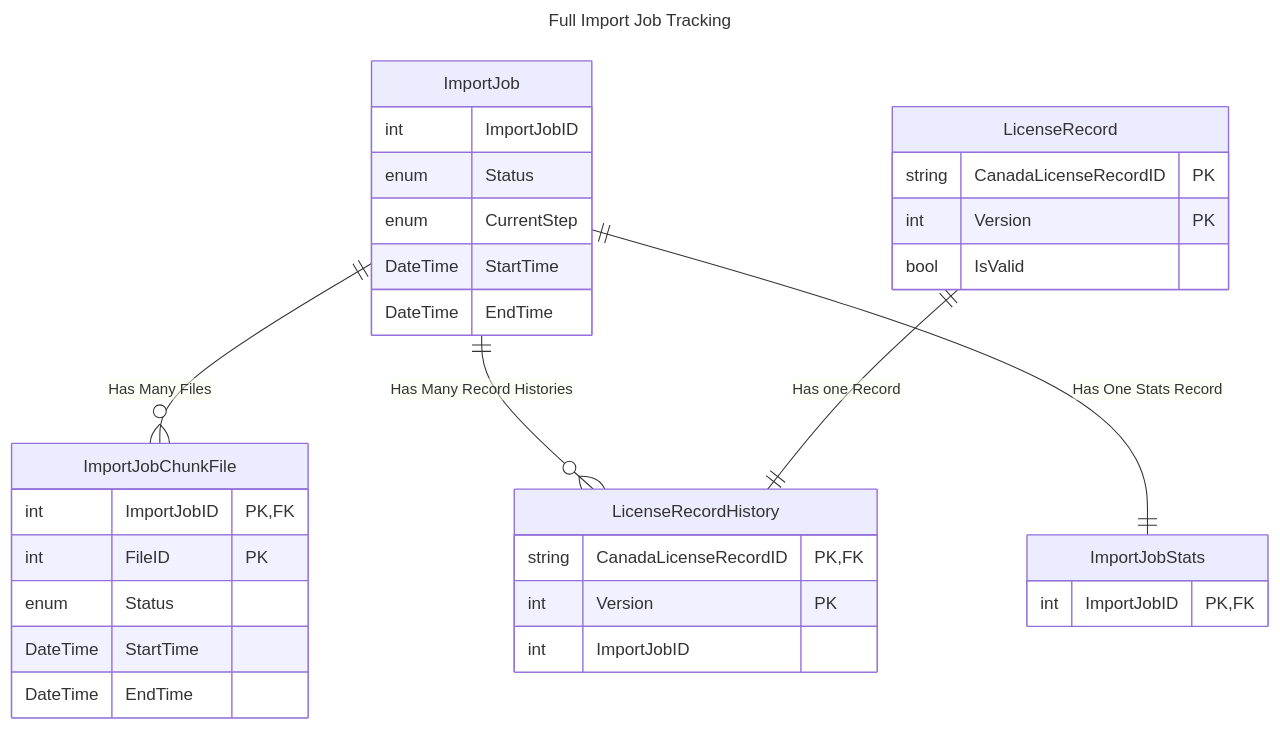
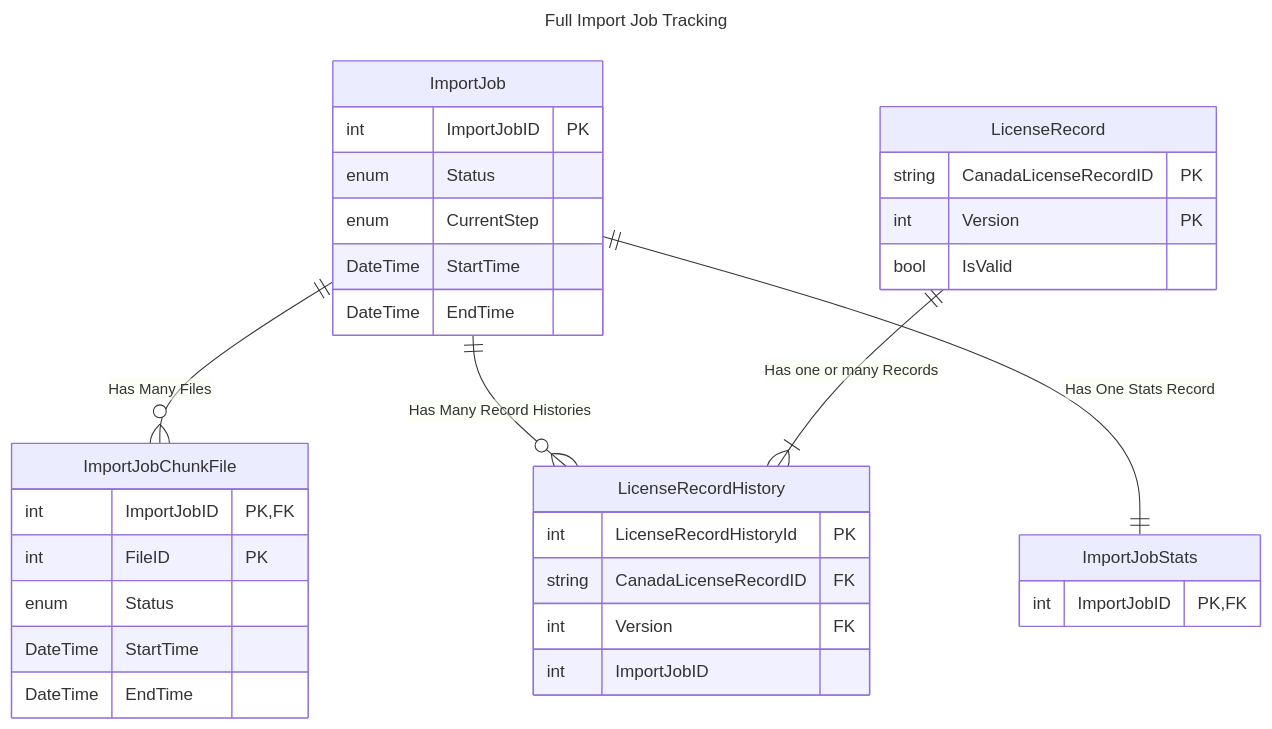
The diagram in services/Radio-Search.Importer/Radio-Search.Importer.Canada/Documentation/Diagrams/Entity Diagrams/Import-Job.md (RYFOJE/radio-search), drawn with Mermaid before and after one commit. The commit also changed 46 other files, not shown here.

````diff
--- a/services/Radio-Search.Importer/Radio-Search.Importer.Canada/Documentation/Diagrams/Entity Diagrams/Import-Job.md
+++ b/services/Radio-Search.Importer/Radio-Search.Importer.Canada/Documentation/Diagrams/Entity Diagrams/Import-Job.md
@@ -1,43 +1,44 @@
 ```mermaid
 ---
 title: Full Import Job Tracking
 ---
 erDiagram
     ImportJob {
-        int ImportJobID
+        int ImportJobID PK
         enum Status
         enum CurrentStep
         DateTime StartTime
         DateTime EndTime
     }
 
     ImportJobChunkFile {
         int ImportJobID PK, FK
         int FileID PK
         enum Status
         DateTime StartTime
         DateTime EndTime
     }
 
     ImportJobStats {
         int ImportJobID PK, FK
     }
 
 
     LicenseRecord {
         string CanadaLicenseRecordID PK
         int Version PK
         bool IsValid
     }
 
     LicenseRecordHistory {
-        string CanadaLicenseRecordID PK, FK
-        int Version PK
+        int LicenseRecordHistoryId PK
+        string CanadaLicenseRecordID FK
+        int Version FK
         int ImportJobID
     }
 
     ImportJob ||--o{ ImportJobChunkFile : "Has Many Files"
     ImportJob ||--o{ LicenseRecordHistory : "Has Many Record Histories"
     ImportJob ||--|| ImportJobStats : "Has One Stats Record"
-    LicenseRecord ||--|| LicenseRecordHistory : "Has one Record"
+    LicenseRecord ||--|{ LicenseRecordHistory : "Has one or many Records"
 ```
````
